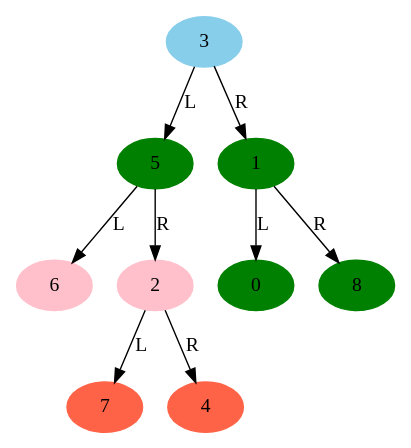
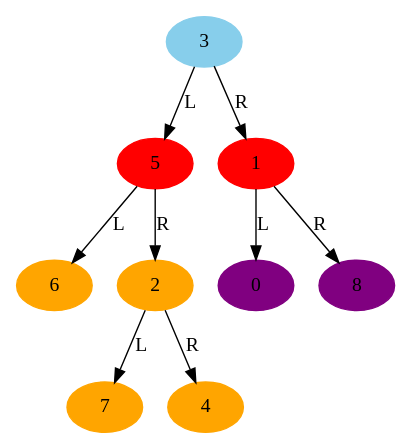
The diagram in btree/output/tree_by_string.gv (Batman001/leetcode_in_python), drawn with Graphviz before and after one commit. The commit also changed 9 other files, not shown here.

```diff
--- a/btree/output/tree_by_string.gv
+++ b/btree/output/tree_by_string.gv
@@ -1,20 +1,20 @@
 // Binary Tree
 digraph {
-	"0745bc40-1a20-11ea-867d-4074e04adad9" [label=3 color=skyblue style=filled]
-	"0745bc41-1a20-11ea-b697-4074e04adad9" [label=5 color=green style=filled]
-	"0745bc40-1a20-11ea-867d-4074e04adad9" -> "0745bc41-1a20-11ea-b697-4074e04adad9" [label=L]
-	"0745bc42-1a20-11ea-80d3-4074e04adad9" [label=6 color=pink style=filled]
-	"0745bc41-1a20-11ea-b697-4074e04adad9" -> "0745bc42-1a20-11ea-80d3-4074e04adad9" [label=L]
-	"0745bc43-1a20-11ea-adb2-4074e04adad9" [label=2 color=pink style=filled]
-	"0745bc41-1a20-11ea-b697-4074e04adad9" -> "0745bc43-1a20-11ea-adb2-4074e04adad9" [label=R]
-	"0745bc44-1a20-11ea-98ea-4074e04adad9" [label=7 color=tomato style=filled]
-	"0745bc43-1a20-11ea-adb2-4074e04adad9" -> "0745bc44-1a20-11ea-98ea-4074e04adad9" [label=L]
-	"0745bc45-1a20-11ea-8428-4074e04adad9" [label=4 color=tomato style=filled]
-	"0745bc43-1a20-11ea-adb2-4074e04adad9" -> "0745bc45-1a20-11ea-8428-4074e04adad9" [label=R]
-	"0745bc46-1a20-11ea-ae01-4074e04adad9" [label=1 color=green style=filled]
-	"0745bc40-1a20-11ea-867d-4074e04adad9" -> "0745bc46-1a20-11ea-ae01-4074e04adad9" [label=R]
-	"0745bc47-1a20-11ea-9fa1-4074e04adad9" [label=0 color=green style=filled]
-	"0745bc46-1a20-11ea-ae01-4074e04adad9" -> "0745bc47-1a20-11ea-9fa1-4074e04adad9" [label=L]
-	"0745bc48-1a20-11ea-88e3-4074e04adad9" [label=8 color=green style=filled]
-	"0745bc46-1a20-11ea-ae01-4074e04adad9" -> "0745bc48-1a20-11ea-88e3-4074e04adad9" [label=R]
+	"ebc80d68-2139-11ea-9b93-4074e04adad9" [label=3 color=skyblue style=filled]
+	"ebc80d69-2139-11ea-a0ba-4074e04adad9" [label=5 color=red style=filled]
+	"ebc80d68-2139-11ea-9b93-4074e04adad9" -> "ebc80d69-2139-11ea-a0ba-4074e04adad9" [label=L]
+	"ebc80d6a-2139-11ea-854a-4074e04adad9" [label=6 color=orange style=filled]
+	"ebc80d69-2139-11ea-a0ba-4074e04adad9" -> "ebc80d6a-2139-11ea-854a-4074e04adad9" [label=L]
+	"ebc80d6b-2139-11ea-8608-4074e04adad9" [label=2 color=orange style=filled]
+	"ebc80d69-2139-11ea-a0ba-4074e04adad9" -> "ebc80d6b-2139-11ea-8608-4074e04adad9" [label=R]
+	"ebc80d6c-2139-11ea-befc-4074e04adad9" [label=7 color=orange style=filled]
+	"ebc80d6b-2139-11ea-8608-4074e04adad9" -> "ebc80d6c-2139-11ea-befc-4074e04adad9" [label=L]
+	"ebc80d6d-2139-11ea-971d-4074e04adad9" [label=4 color=orange style=filled]
+	"ebc80d6b-2139-11ea-8608-4074e04adad9" -> "ebc80d6d-2139-11ea-971d-4074e04adad9" [label=R]
+	"ebc80d6e-2139-11ea-aca7-4074e04adad9" [label=1 color=red style=filled]
+	"ebc80d68-2139-11ea-9b93-4074e04adad9" -> "ebc80d6e-2139-11ea-aca7-4074e04adad9" [label=R]
+	"ebc80d6f-2139-11ea-a3aa-4074e04adad9" [label=0 color=purple style=filled]
+	"ebc80d6e-2139-11ea-aca7-4074e04adad9" -> "ebc80d6f-2139-11ea-a3aa-4074e04adad9" [label=L]
+	"ebc80d70-2139-11ea-ab48-4074e04adad9" [label=8 color=purple style=filled]
+	"ebc80d6e-2139-11ea-aca7-4074e04adad9" -> "ebc80d70-2139-11ea-ab48-4074e04adad9" [label=R]
 }
```
